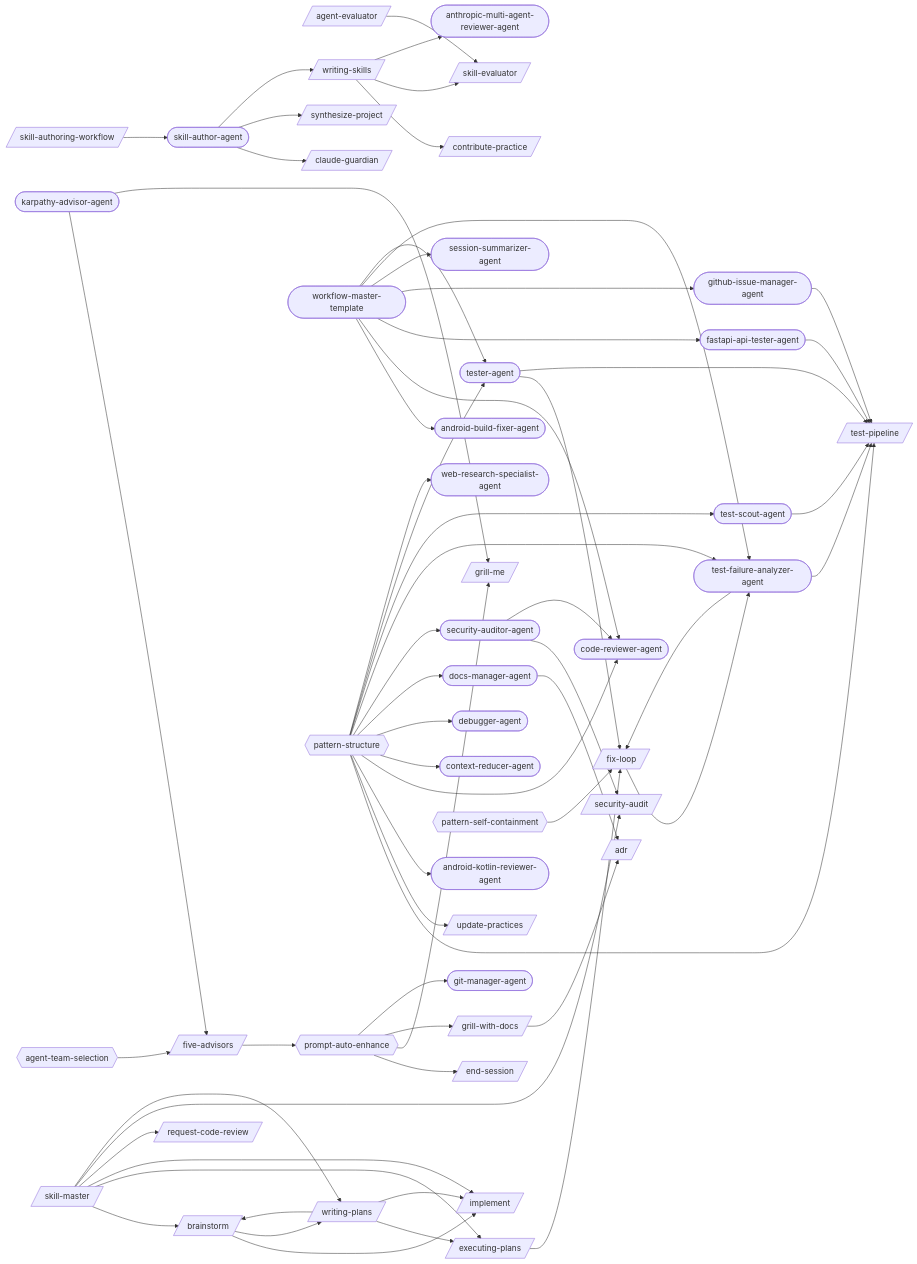
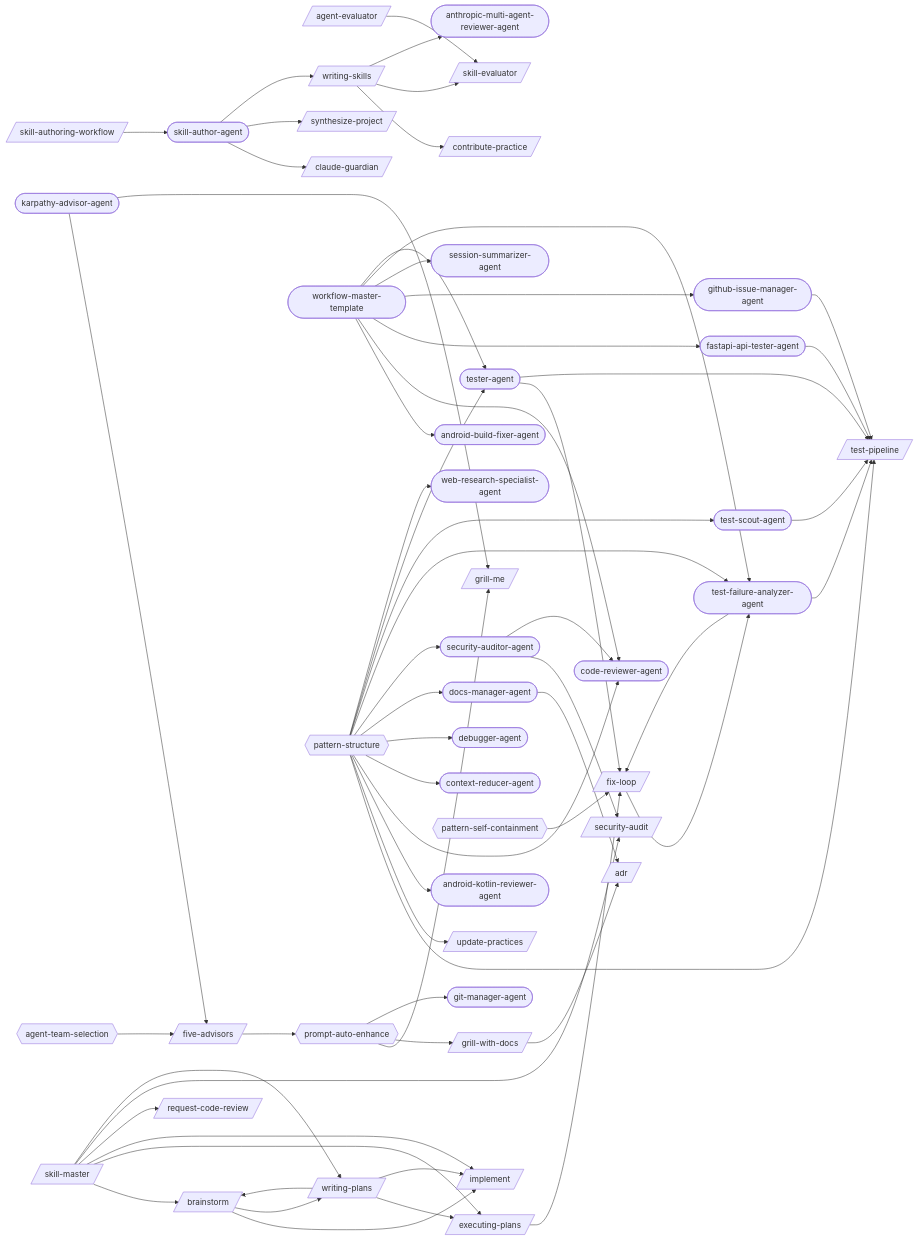
One commit to abhayla/claude-best-practices changed the first of 19 diagrams in docs/workflows/skill-authoring.md. Above: the diagram before and after it, drawn with Mermaid. The commit also changed other lines of this file and 13 other files, not shown here.

```diff
--- a/docs/workflows/skill-authoring.md
+++ b/docs/workflows/skill-authoring.md
@@ -13,7 +13,6 @@
     brainstorm[/brainstorm/]
     claude_guardian[/claude-guardian/]
     contribute_practice[/contribute-practice/]
-    end_session[/end-session/]
     executing_plans[/executing-plans/]
     five_advisors[/five-advisors/]
     fix_loop[/fix-loop/]
@@ -60,7 +59,6 @@
     five_advisors --> prompt_auto_enhance
     fix_loop --> test_failure_analyzer_agent
     grill_with_docs --> adr
-    prompt_auto_enhance --> end_session
     prompt_auto_enhance --> grill_me
     prompt_auto_enhance --> grill_with_docs
     prompt_auto_enhance --> git_manager_agent
```
